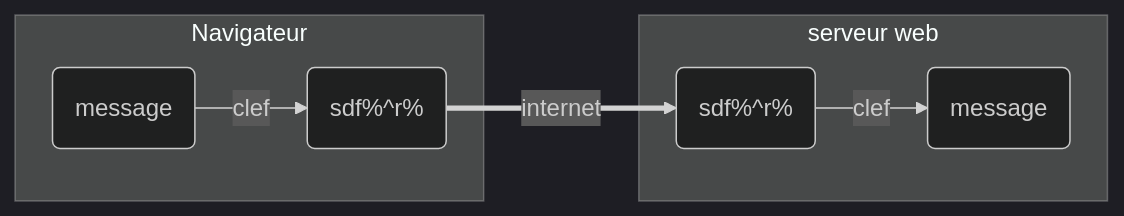
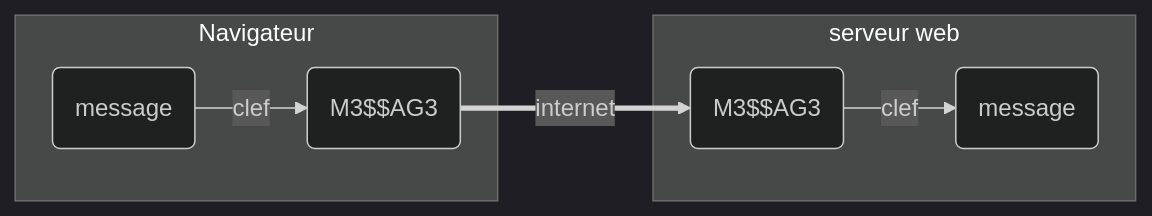
One commit to vbauchart/articles changed the first of 5 diagrams in système/TLS pour les nuls.md. Above: the diagram before and after it, drawn with Mermaid (dark theme). The commit also changed other lines of this file, not shown here.

````diff
--- a/système/TLS pour les nuls.md
+++ b/système/TLS pour les nuls.md
@@ -43,10 +37,10 @@
 ```mermaid
 flowchart LR
     subgraph Navigateur
-      uncryptA(message) --clef--> cryptA("sdf%^r%")
+      uncryptA(message) --clef--> cryptA("M3$$AG3")
     end
     subgraph serveur web
-      cryptB("sdf%^r%") --clef--> uncryptB(message)
+      cryptB("M3$$AG3") --clef--> uncryptB(message)
     end
     cryptA ==internet==> cryptB
 ```
````
